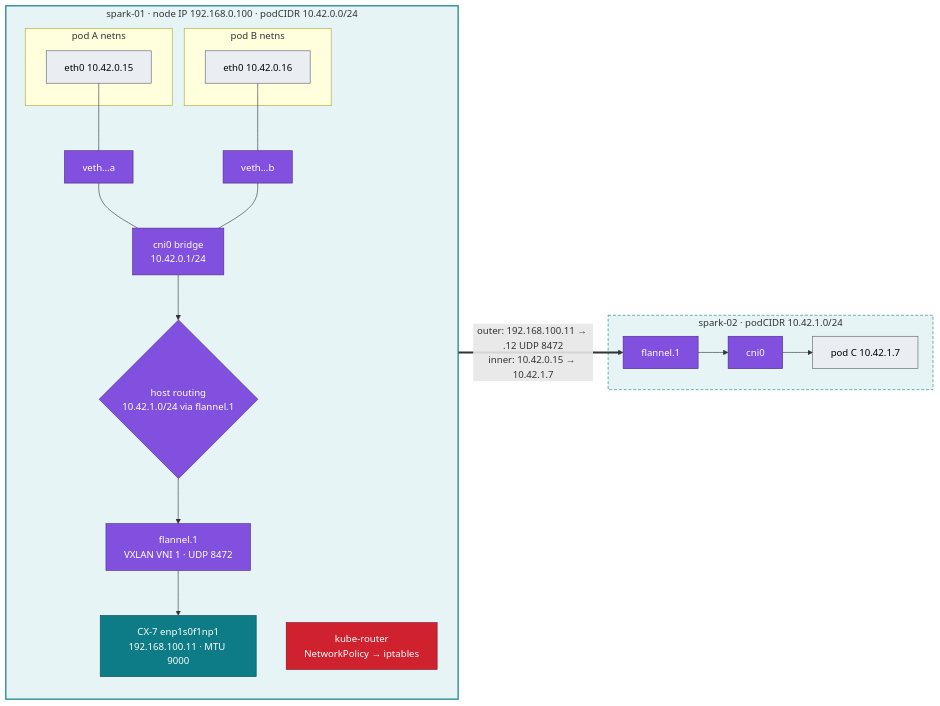
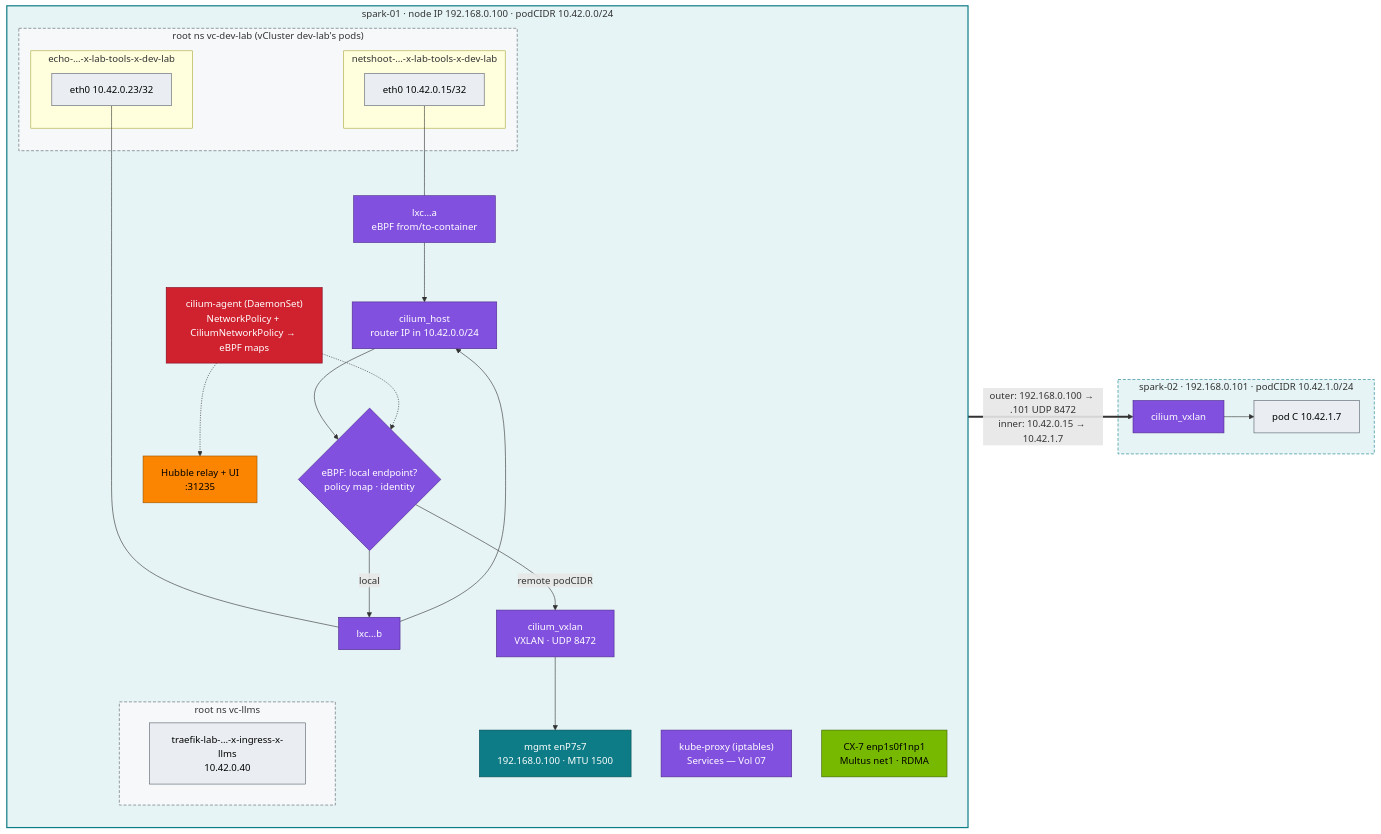
The diagram in 02 Kubernetes/06-kubernetes-networking-deep-dive.md (cloudone365/technical-depth), drawn with Mermaid before and after one commit. The commit also changed other lines of this file and 53 other files, not shown here.

````diff
--- a/02 Kubernetes/06-kubernetes-networking-deep-dive.md
+++ b/02 Kubernetes/06-kubernetes-networking-deep-dive.md
@@ -31,34 +34,51 @@
 ```mermaid
 flowchart LR
   subgraph S1["spark-01 · node IP 192.168.0.100 · podCIDR 10.42.0.0/24"]
     direction TB
-    subgraph P1["pod A netns"]
-      E1["eth0 10.42.0.15"]
+    subgraph VCD["root ns vc-dev-lab (vCluster dev-lab's pods)"]
+      subgraph P1["netshoot-…-x-lab-tools-x-dev-lab"]
+        E1["eth0 10.42.0.15/32"]
+      end
+      subgraph P2["echo-…-x-lab-tools-x-dev-lab"]
+        E2["eth0 10.42.0.23/32"]
+      end
     end
-    subgraph P2["pod B netns"]
-      E2["eth0 10.42.0.16"]
+    subgraph VCL["root ns vc-llms"]
+      P4["traefik-lab-…-x-ingress-x-llms<br/>10.42.0.40"]
     end
-    V1["veth…a"] --- BR["cni0 bridge<br/>10.42.0.1/24"]
-    V2["veth…b"] --- BR
-    BR --> RT{"host routing<br/>10.42.1.0/24 via flannel.1"}
-    RT --> VX["flannel.1<br/>VXLAN VNI 1 · UDP 8472"]
-    VX --> NIC["CX-7 enp1s0f1np1<br/>192.168.100.11 · MTU 9000"]
-    KR["kube-router<br/>NetworkPolicy → iptables"]
+    V1["lxc…a<br/>eBPF from/to-container"] --> CH
+    V2["lxc…b"] --> CH
+    E1 --- V1
+    E2 --- V2
+    CH["cilium_host<br/>router IP in 10.42.0.0/24"] --> RT{"eBPF: local endpoint?<br/>policy map · identity"}
+    RT -- "local" --> V2
+    RT -- "remote podCIDR" --> VX["cilium_vxlan<br/>VXLAN · UDP 8472"]
+    VX --> NIC["mgmt enP7s7<br/>192.168.0.100 · MTU 1500"]
+    AG["cilium-agent (DaemonSet)<br/>NetworkPolicy + CiliumNetworkPolicy → eBPF maps"]
+    HB["Hubble relay + UI<br/>:31235"]
+    KP["kube-proxy (iptables)<br/>Services — Vol 07"]
+    CX["CX-7 enp1s0f1np1<br/>Multus net1 · RDMA"]
   end
-  subgraph S2["spark-02 · podCIDR 10.42.1.0/24"]
-    VX2["flannel.1"] --> BR2["cni0"] --> P3["pod C 10.42.1.7"]
+  subgraph S2["spark-02 · 192.168.0.101 · podCIDR 10.42.1.0/24"]
+    VX2["cilium_vxlan"] --> P3["pod C 10.42.1.7"]
   end
-  E1 --- V1
-  E2 --- V2
-  NIC == "outer: 192.168.100.11 → .12 UDP 8472<br/>inner: 10.42.0.15 → 10.42.1.7" ==> VX2
+  NIC == "outer: 192.168.0.100 → .101 UDP 8472<br/>inner: 10.42.0.15 → 10.42.1.7" ==> VX2
+  AG -.-> RT
+  AG -.-> HB
   classDef net fill:#8250df,stroke:#4c2889,color:#fff
   classDef node fill:#0e7c86,stroke:#064e54,color:#fff
   classDef sec fill:#cf222e,stroke:#82071e,color:#fff
+  classDef obs fill:#fb8500,stroke:#9a5200,color:#000
+  classDef gpu fill:#76b900,stroke:#3d6000,color:#000
   classDef tenant fill:#eaeef2,stroke:#57606a,color:#000
-  class BR,VX,VX2,BR2,RT,V1,V2 net
+  class CH,VX,VX2,RT,V1,V2,KP net
   class NIC node
-  class KR sec
-  class E1,E2,P3 tenant
+  class CX gpu
+  class AG sec
+  class HB obs
+  class E1,E2,P3,P4 tenant
   style S1 fill:#e6f4f5,stroke:#0e7c86,stroke-width:2px
   style S2 fill:#e6f4f5,stroke:#0e7c86,stroke-dasharray:5 3
+  style VCD fill:#f6f8fa,stroke:#57606a,stroke-dasharray:5 3
+  style VCL fill:#f6f8fa,stroke:#57606a,stroke-dasharray:5 3
 ```
````
